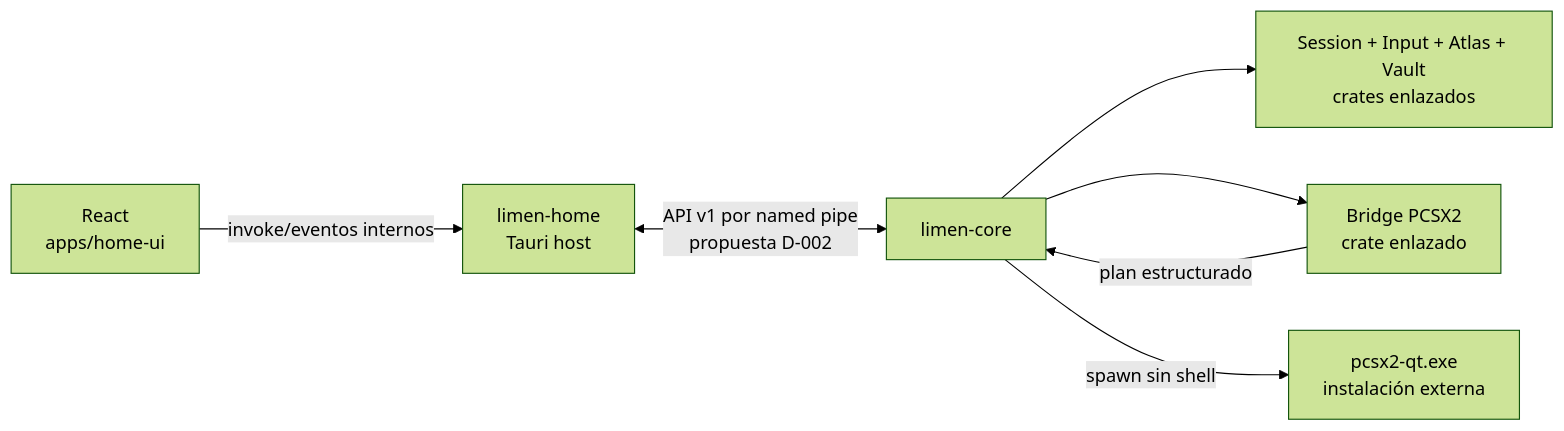
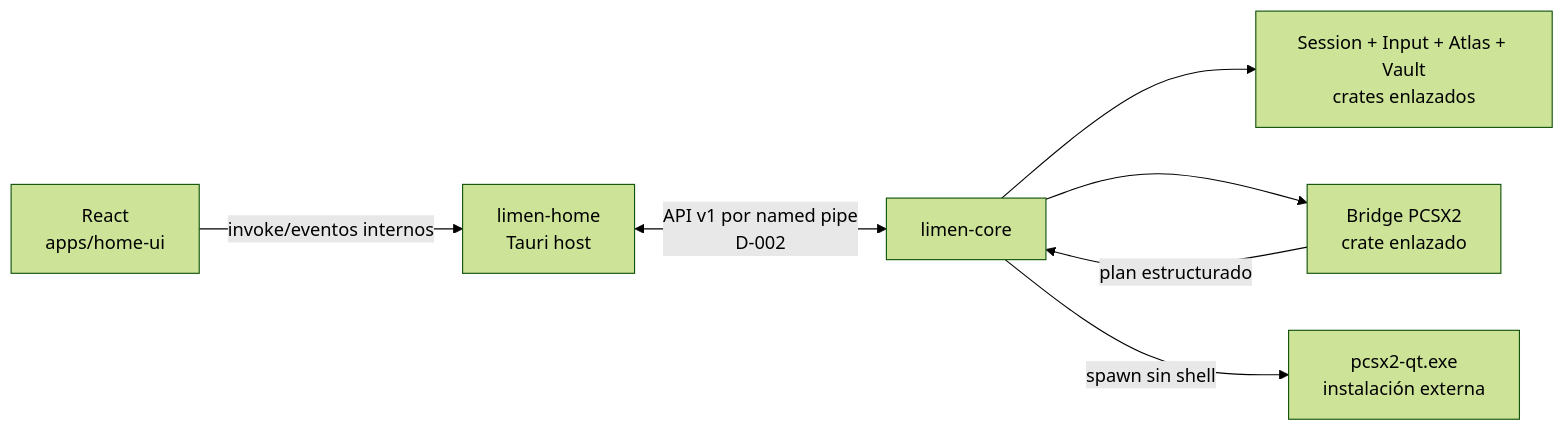
The first of 4 diagrams in ARCHITECTURE.md (dkaerit/LIMEN), drawn with Mermaid (forest theme) before and after one commit. The commit also changed other lines of this file and 73 other files, not shown here.

````diff
--- a/ARCHITECTURE.md
+++ b/ARCHITECTURE.md
@@ -79,9 +80,9 @@
 ```mermaid
 flowchart LR
     UI["React<br/>apps/home-ui"] -->|"invoke/eventos internos"| Host["limen-home<br/>Tauri host"]
-    Host <-->|"API v1 por named pipe<br/>propuesta D-002"| Core["limen-core"]
+    Host <-->|"API v1 por named pipe<br/>D-002"| Core["limen-core"]
     Core --> Modules["Session + Input + Atlas + Vault<br/>crates enlazados"]
     Core --> Bridge["Bridge PCSX2<br/>crate enlazado"]
     Bridge -->|"plan estructurado"| Core
     Core -->|"spawn sin shell"| PCSX2["pcsx2-qt.exe<br/>instalación externa"]
 ```
````
